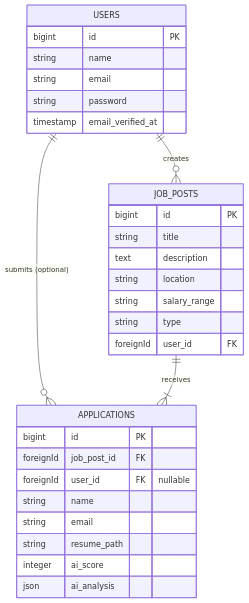
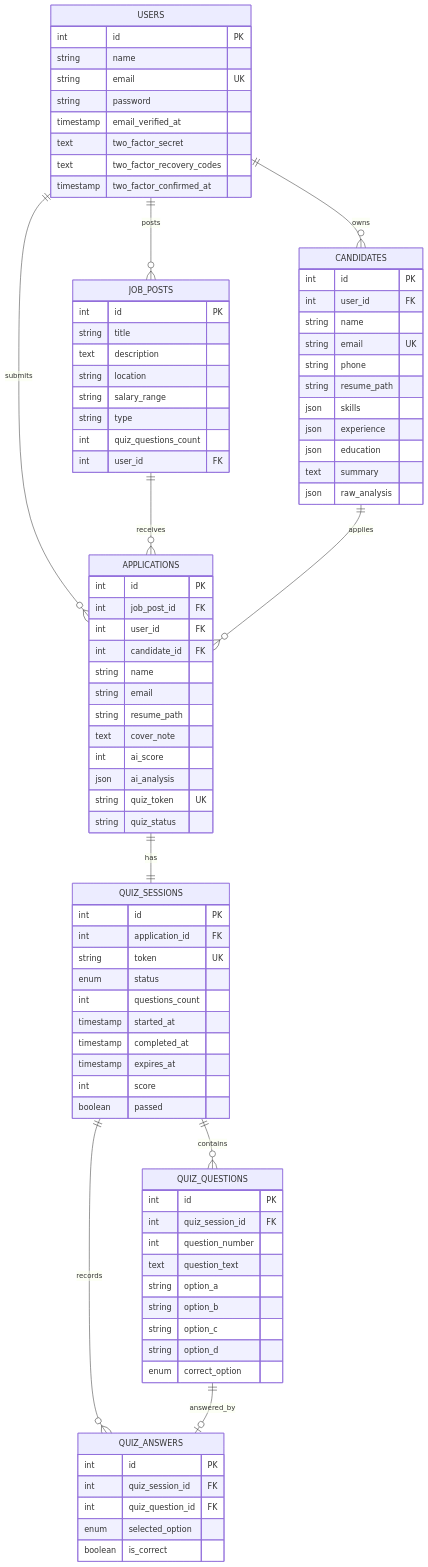
Before and after one commit to ahmadeyamin/nub-ai-cv: the first of 5 diagrams in report.md, drawn with Mermaid. The commit also changed other lines of this file, not shown here.

Commit message:
docs: expand project report with formal cover, approval, declaration, and acknowledgement pages

````diff
--- a/report.md
+++ b/report.md
@@ -76,35 +804,96 @@
 ```mermaid
 erDiagram
-    USERS ||--o{ JOB_POSTS : "creates"
-    USERS ||--o{ APPLICATIONS : "submits (optional)"
-    JOB_POSTS ||--|{ APPLICATIONS : "receives"
-
     USERS {
-        bigint id PK
+        int id PK
         string name
-        string email
+        string email UK
         string password
         timestamp email_verified_at
+        text two_factor_secret
+        text two_factor_recovery_codes
+        timestamp two_factor_confirmed_at
     }
 
     JOB_POSTS {
-        bigint id PK
+        int id PK
         string title
         text description
         string location
         string salary_range
         string type
-        foreignId user_id FK
+        int quiz_questions_count
+        int user_id FK
+    }
+
+    CANDIDATES {
+        int id PK
+        int user_id FK
+        string name
+        string email UK
+        string phone
+        string resume_path
+        json skills
+        json experience
+        json education
+        text summary
+        json raw_analysis
     }
 
     APPLICATIONS {
-        bigint id PK
-        foreignId job_post_id FK
-        foreignId user_id FK "nullable"
+        int id PK
+        int job_post_id FK
+        int user_id FK
+        int candidate_id FK
         string name
         string email
         string resume_path
-        integer ai_score
+        text cover_note
+        int ai_score
         json ai_analysis
+        string quiz_token UK
+        string quiz_status
     }
+
+    QUIZ_SESSIONS {
+        int id PK
+        int application_id FK
+        string token UK
+        enum status
+        int questions_count
+        timestamp started_at
+        timestamp completed_at
+        timestamp expires_at
+        int score
+        boolean passed
+    }
+
+    QUIZ_QUESTIONS {
+        int id PK
+        int quiz_session_id FK
+        int question_number
+        text question_text
+        string option_a
+        string option_b
+        string option_c
+        string option_d
+        enum correct_option
+    }
+
+    QUIZ_ANSWERS {
+        int id PK
+        int quiz_session_id FK
+        int quiz_question_id FK
+        enum selected_option
+        boolean is_correct
+    }
+
+    USERS ||--o{ JOB_POSTS : "posts"
+    USERS ||--o{ APPLICATIONS : "submits"
+    USERS ||--o{ CANDIDATES : "owns"
+    JOB_POSTS ||--o{ APPLICATIONS : "receives"
+    CANDIDATES ||--o{ APPLICATIONS : "applies"
+    APPLICATIONS ||--|| QUIZ_SESSIONS : "has"
+    QUIZ_SESSIONS ||--o{ QUIZ_QUESTIONS : "contains"
+    QUIZ_SESSIONS ||--o{ QUIZ_ANSWERS : "records"
+    QUIZ_QUESTIONS ||--o| QUIZ_ANSWERS : "answered_by"
 ```
````
